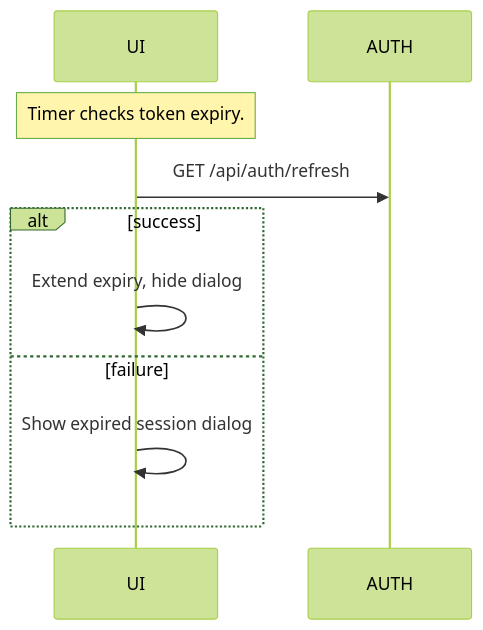
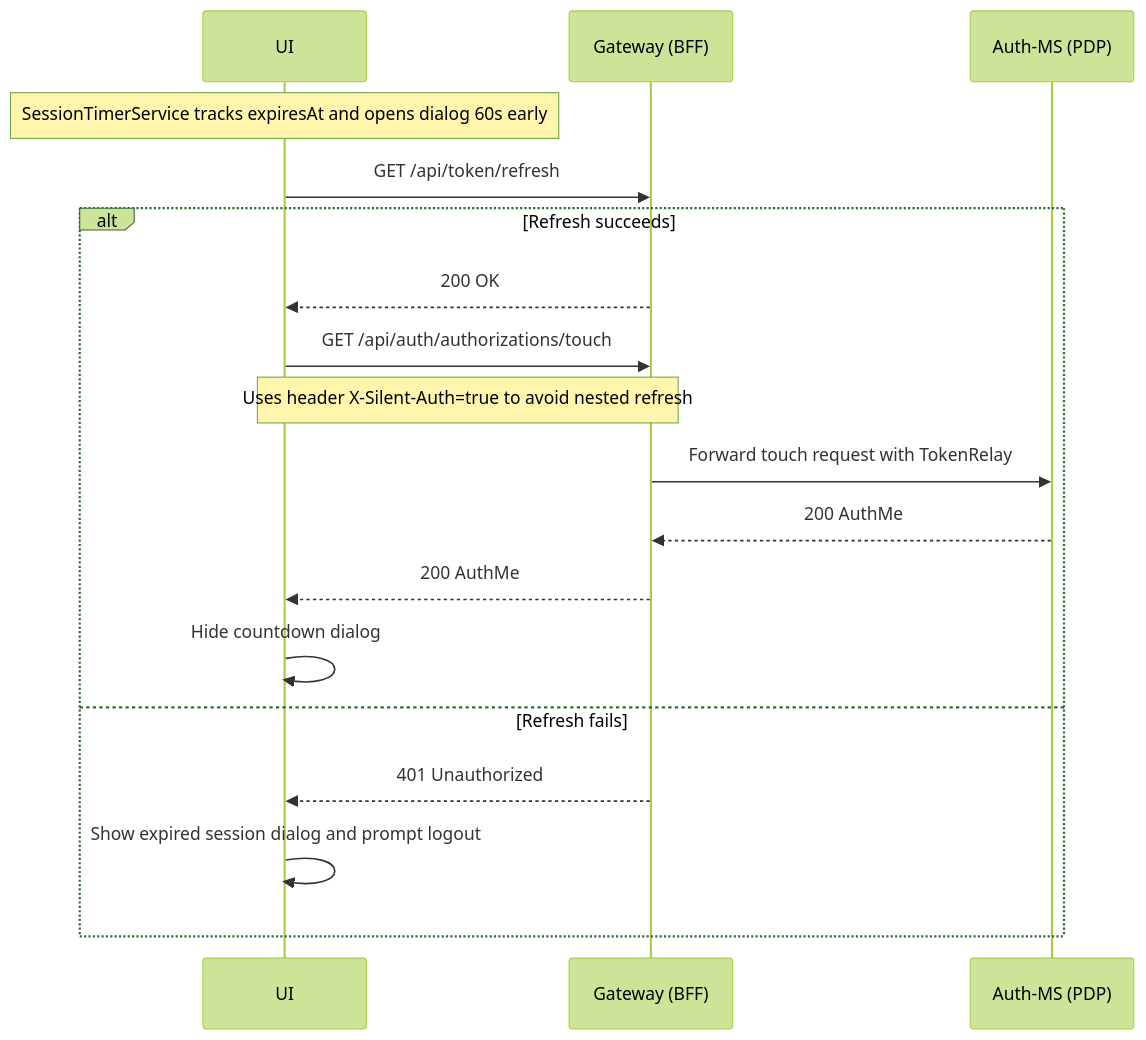
Before and after one commit to FredX123/sso-demo: the second of 3 diagrams in docs/README.md, drawn with Mermaid (forest theme). The commit also changed 3 other files, not shown here.

````diff
--- a/docs/README.md
+++ b/docs/README.md
@@ -153,13 +153,21 @@
 ```mermaid
 sequenceDiagram
   participant UI
-  participant AUTH
+  participant Gateway as Gateway (BFF)
+  participant AuthMS as Auth-MS (PDP)
 
-  Note over UI: Timer checks token expiry.
-  UI->>AUTH: GET /api/auth/refresh
-  alt success
-    UI->>UI: Extend expiry, hide dialog
-  else failure
-    UI->>UI: Show expired session dialog
+  Note over UI: SessionTimerService tracks expiresAt and opens dialog 60s early
+  UI->>Gateway: GET /api/token/refresh
+  alt Refresh succeeds
+    Gateway-->>UI: 200 OK
+    UI->>Gateway: GET /api/auth/authorizations/touch
+    Note over UI,Gateway: Uses header X-Silent-Auth=true to avoid nested refresh
+    Gateway->>AuthMS: Forward touch request with TokenRelay
+    AuthMS-->>Gateway: 200 AuthMe
+    Gateway-->>UI: 200 AuthMe
+    UI->>UI: Hide countdown dialog
+  else Refresh fails
+    Gateway-->>UI: 401 Unauthorized
+    UI->>UI: Show expired session dialog and prompt logout
   end
 ```
````
